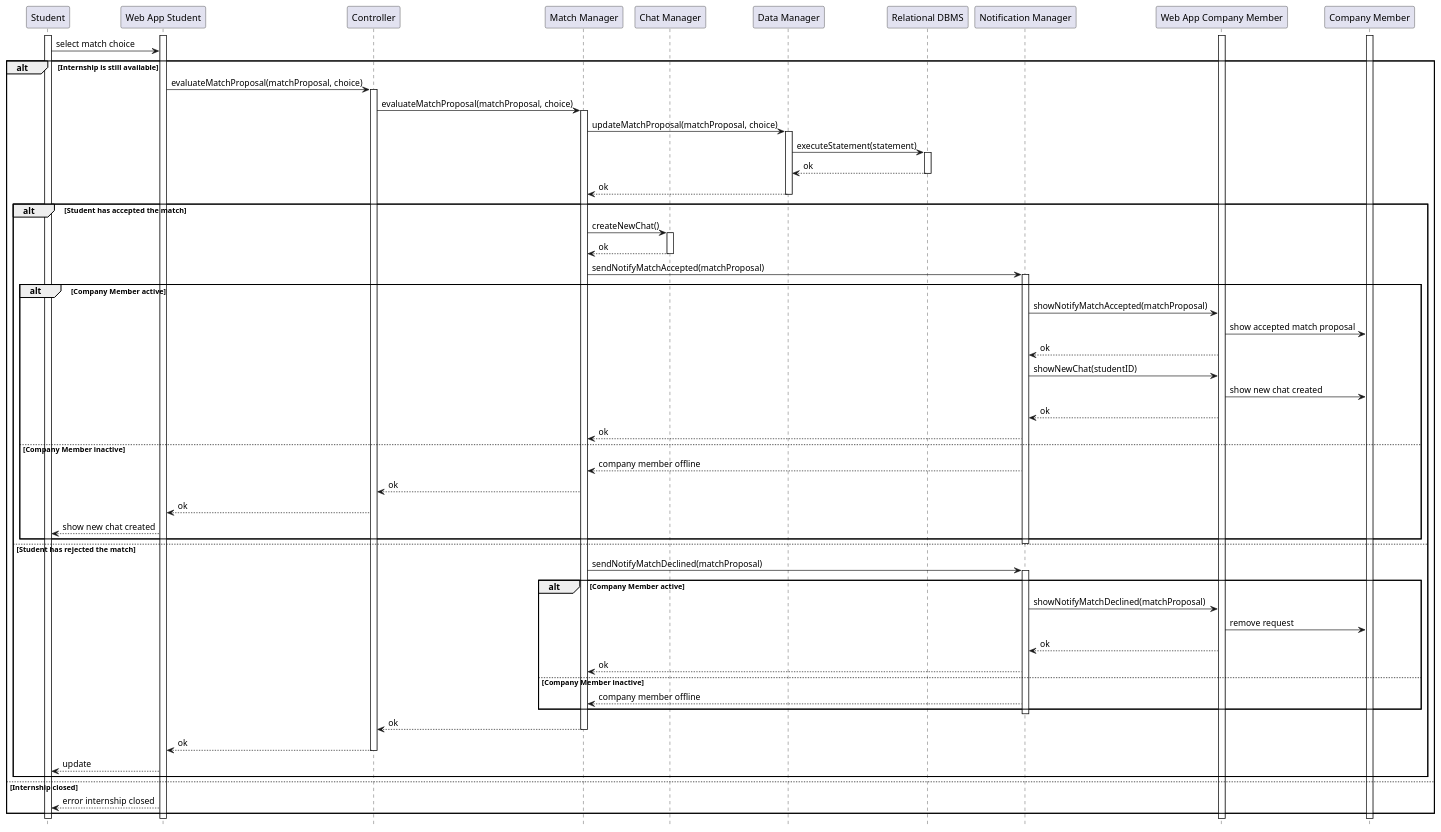
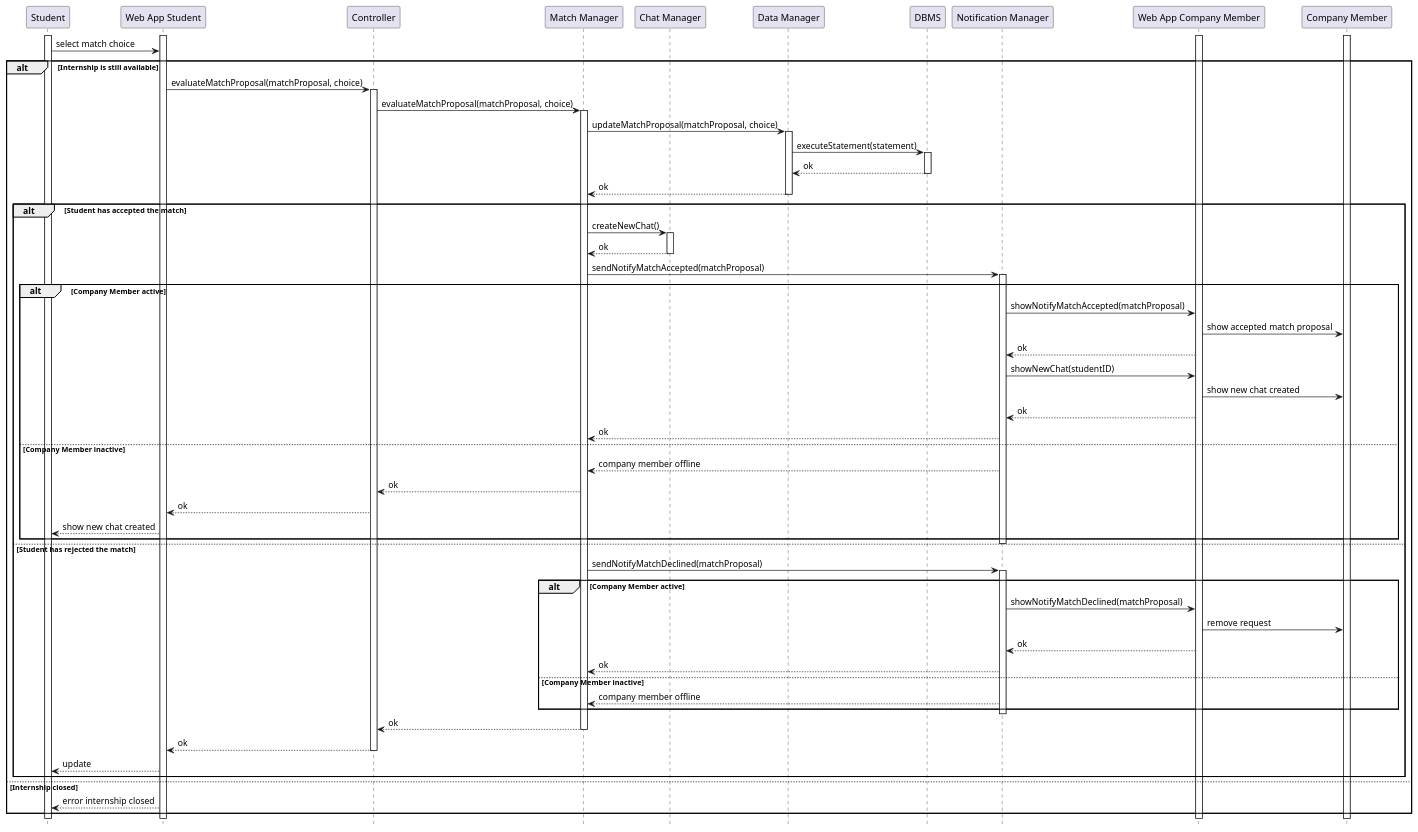
The diagram in DD/Architectural_design/uml_diagrams/RV18_diagram.puml (matti8702/R_and_DD_project_SE2), drawn with PlantUML before and after one commit. The commit also changed other lines of this file and 9 other files, not shown here.

```diff
--- a/DD/Architectural_design/uml_diagrams/RV18_diagram.puml
+++ b/DD/Architectural_design/uml_diagrams/RV18_diagram.puml
@@ -1,85 +1,85 @@
 @startuml RV18_diagram
 hide footbox
 
 participant "Student" as S 
 participant "Web App Student" as W
 participant "Controller" AS C
 participant "Match Manager" as M
 participant "Chat Manager" as CH
 participant "Data Manager" as DM
-participant "Relational DBMS" as RD
+participant "DBMS" as RD
 participant "Notification Manager" as NM
 participant "Web App Company Member" as WA
 participant "Company Member" as CM
 
 
 
 
 activate S
 activate W
 activate CM
 activate WA
 
 S -> W: select match choice
 
 alt Internship is still available
     W -> C: evaluateMatchProposal(matchProposal, choice)
     activate C
     C -> M: evaluateMatchProposal(matchProposal, choice)
     activate M
     M -> DM: updateMatchProposal(matchProposal, choice)
     activate DM
     DM -> RD: executeStatement(statement)
     activate RD
     RD --> DM: ok
     deactivate RD
     DM --> M: ok
     deactivate DM
     alt Student has accepted the match
         M -> CH: createNewChat()
         activate CH
         CH --> M: ok
         deactivate CH
         M -> NM: sendNotifyMatchAccepted(matchProposal)
         activate NM
         alt Company Member active
             NM -> WA: showNotifyMatchAccepted(matchProposal)
             WA -> CM: show accepted match proposal
             WA --> NM: ok
             NM -> WA: showNewChat(studentID)
             WA -> CM: show new chat created
             WA --> NM: ok
             NM --> M: ok
         else Company Member inactive
             NM --> M: company member offline
             M --> C: ok
             
             C --> W: ok
         
             W --> S: show new chat created
         end
         deactivate NM
 
     else Student has rejected the match
         M -> NM: sendNotifyMatchDeclined(matchProposal)
         activate NM
         alt Company Member active
             NM -> WA: showNotifyMatchDeclined(matchProposal)
             WA -> CM: remove request
             WA --> NM: ok
             NM --> M: ok
         else Company Member inactive
             NM --> M: company member offline
         end
         deactivate NM
         M --> C: ok
         deactivate M
         C --> W: ok
         deactivate C
         W --> S: update
     end
 else Internship closed
     W --> S: error internship closed
 end
 
 @enduml
```
